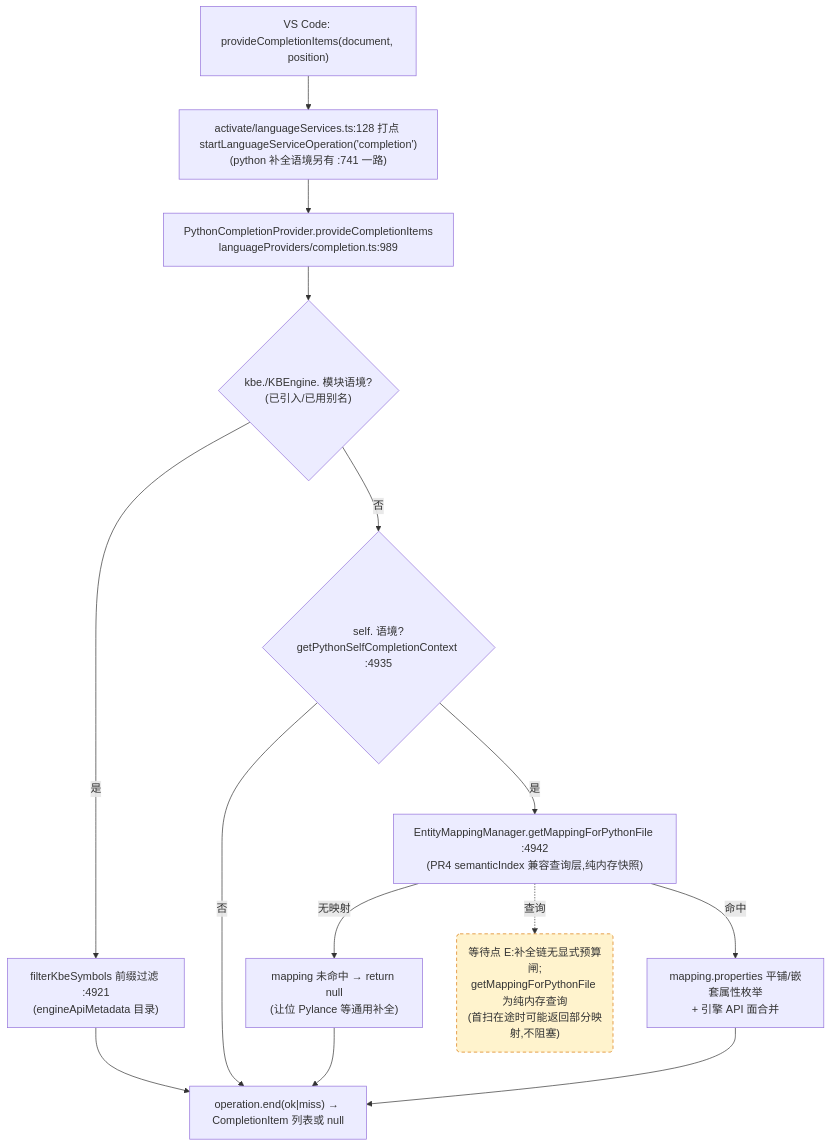
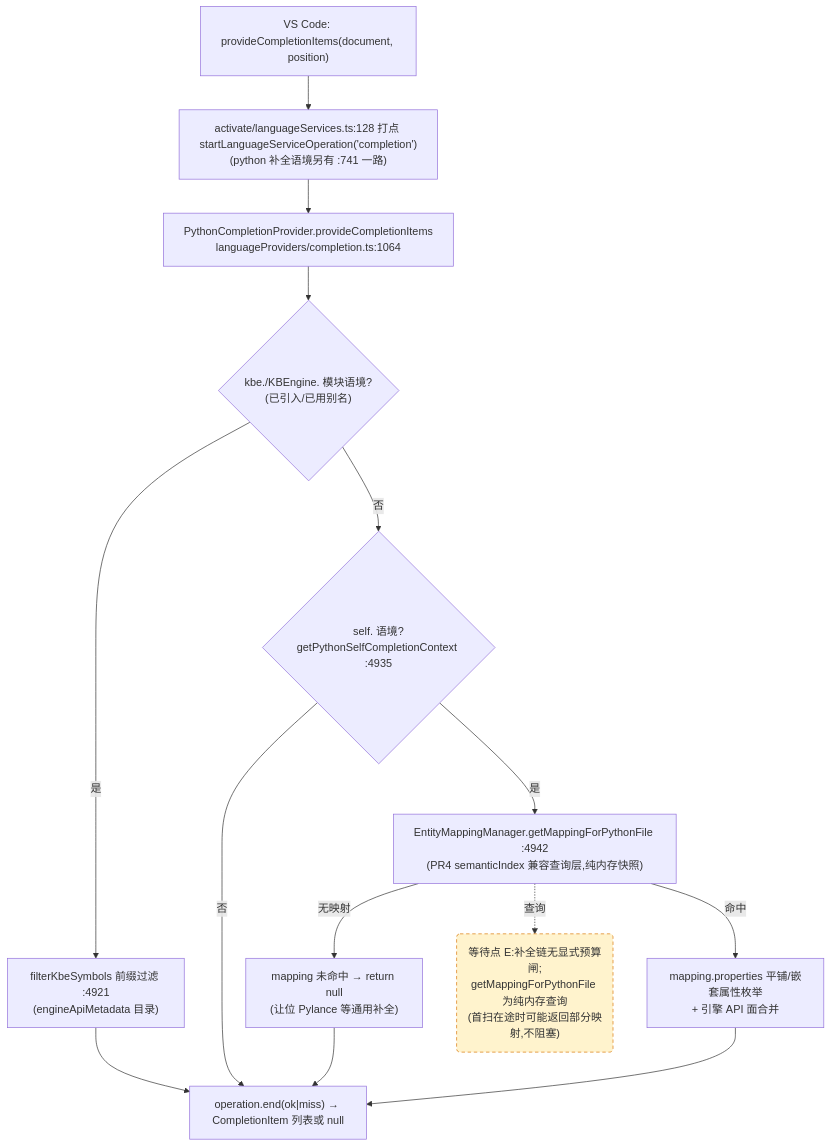
One commit to cuihairu/kode changed the third of 4 diagrams in docs/perf/2026-baseline.md. Above: the diagram before and after it, drawn with Mermaid. The commit also changed other lines of this file and 7 other files, not shown here.

````diff
--- a/docs/perf/2026-baseline.md
+++ b/docs/perf/2026-baseline.md
@@ -192,27 +194,27 @@
 ```mermaid
 flowchart TD
   VC3["VS Code: provideCompletionItems(document, position)"]
   M3["activate/languageServices.ts:128 打点 startLanguageServiceOperation('completion')<br/>(python 补全语境另有 :741 一路)"]
-  CP["PythonCompletionProvider.provideCompletionItems<br/>languageProviders/completion.ts:989"]
+  CP["PythonCompletionProvider.provideCompletionItems<br/>languageProviders/completion.ts:1064"]
   KBEC{"kbe./KBEngine. 模块语境?<br/>(已引入/已用别名)"}
   FILTER["filterKbeSymbols 前缀过滤 :4921<br/>(engineApiMetadata 目录)"]
   SELFC{"self. 语境?<br/>getPythonSelfCompletionContext :4935"}
   MAP["EntityMappingManager.getMappingForPythonFile :4942<br/>(PR4 semanticIndex 兼容查询层,纯内存快照)"]
   NOMAP["mapping 未命中 → return null<br/>(让位 Pylance 等通用补全)"]
   PROPS["mapping.properties 平铺/嵌套属性枚举<br/>+ 引擎 API 面合并"]
   END3["operation.end(ok|miss) → CompletionItem 列表或 null"]
 
   VC3 --> M3 --> CP --> KBEC
   KBEC -- "是" --> FILTER --> END3
   KBEC -- "否" --> SELFC
   SELFC -- "否" --> END3
   SELFC -- "是" --> MAP
   MAP -- "无映射" --> NOMAP --> END3
   MAP -- "命中" --> PROPS --> END3
 
   WAITE("等待点 E:补全链无显式预算闸;<br/>getMappingForPythonFile 为纯内存查询<br/>(首扫在途时可能返回部分映射,不阻塞)")
   MAP -.->|查询| WAITE
 
   classDef waitPoint fill:#fff3cd,stroke:#d97706,stroke-dasharray:5 4;
   class WAITE waitPoint;
 ```
````
